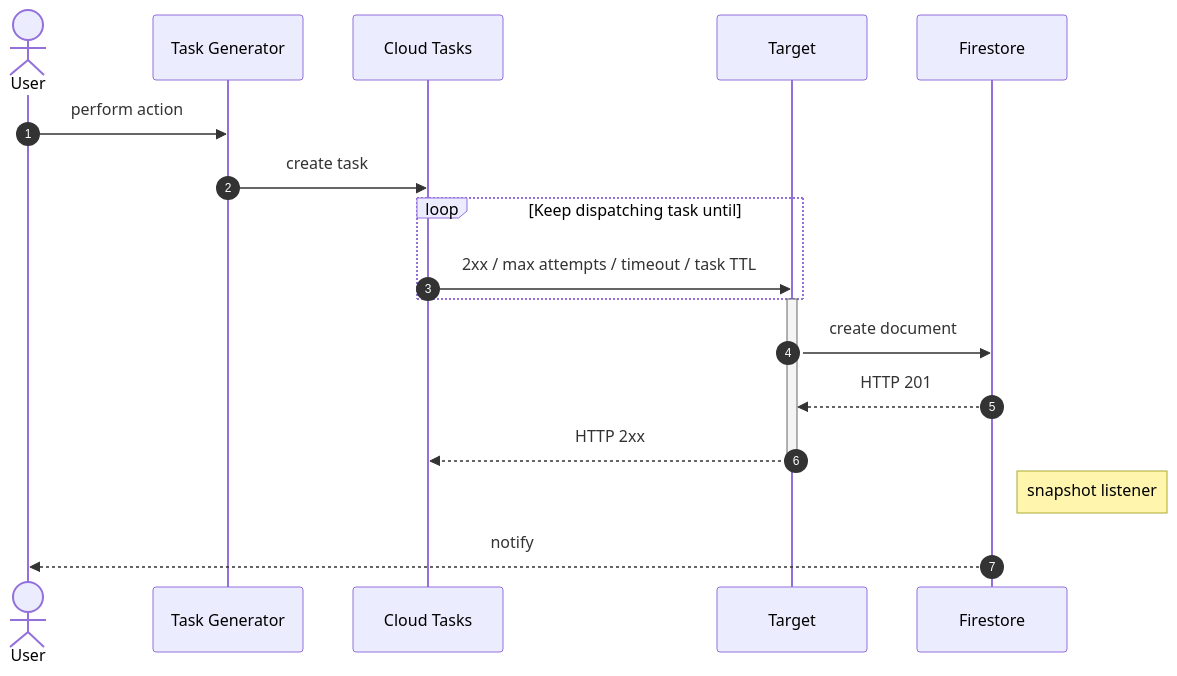
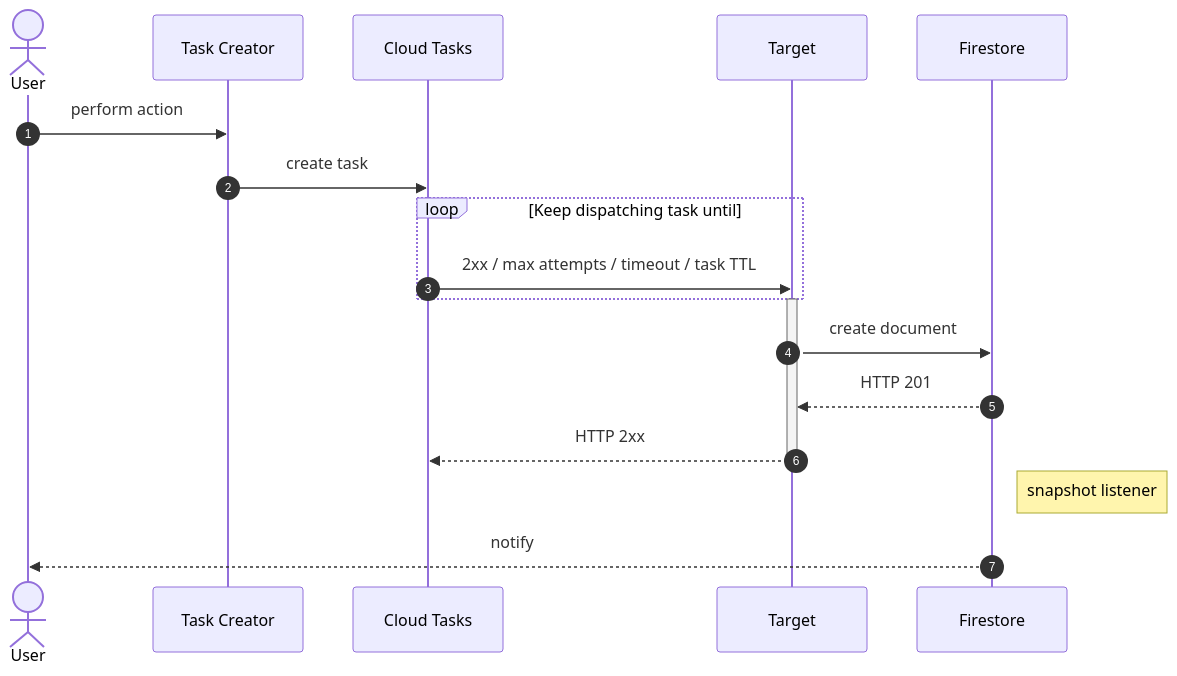
Before and after one commit to jackdbd/cloud-tasks-devfest-milano-2023-slides: the diagram in pages/advanced-example.md, drawn with Mermaid. The commit also changed 36 other files, not shown here.

````diff
--- a/pages/advanced-example.md
+++ b/pages/advanced-example.md
@@ -7,21 +7,21 @@
 ```mermaid {theme: 'default', scale: 0.7}
 sequenceDiagram
     autonumber
     actor U as User
-    participant TG as Task Generator
+    participant TC as Task Creator
     participant CT as Cloud Tasks
     participant Target
     participant DB as Firestore
-    U->>TG: perform action
-    TG->>CT: create task
+    U->>TC: perform action
+    TC->>CT: create task
     loop Keep dispatching task until
         CT->>Target: 2xx / max attempts / timeout / task TTL
     end
     activate Target
     Target->>DB: create document
     DB-->>Target: HTTP 201
     Target-->>CT: HTTP 2xx
     deactivate Target
     Note right of DB: snapshot listener
     DB-->>U: notify
 ```
````
